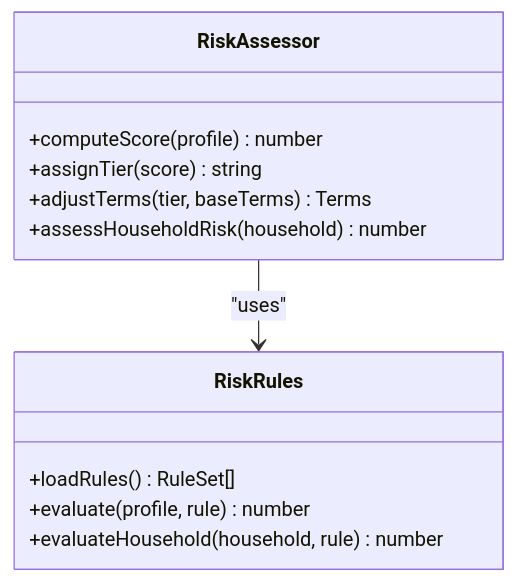
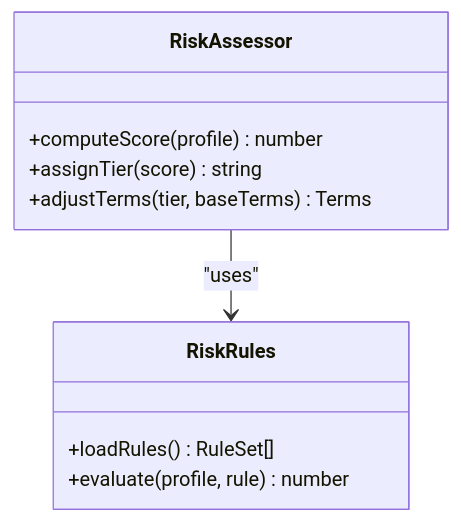
Before and after one commit to alibaba-hackathon-fsi/frontend-vaya: the fifth of 9 diagrams in .qoder/repowiki/en/content/Loan Engine/Loan Engine.md, drawn with Mermaid. The commit also changed other lines of this file and 36 other files, not shown here.

````diff
--- a/.qoder/repowiki/en/content/Loan Engine/Loan Engine.md
+++ b/.qoder/repowiki/en/content/Loan Engine/Loan Engine.md
@@ -390,15 +234,13 @@
 ```mermaid
 classDiagram
 class RiskAssessor {
 +computeScore(profile) number
 +assignTier(score) string
 +adjustTerms(tier, baseTerms) Terms
-+assessHouseholdRisk(household) number
 }
 class RiskRules {
 +loadRules() RuleSet[]
 +evaluate(profile, rule) number
-+evaluateHousehold(household, rule) number
 }
 RiskAssessor --> RiskRules : "uses"
 ```
````
